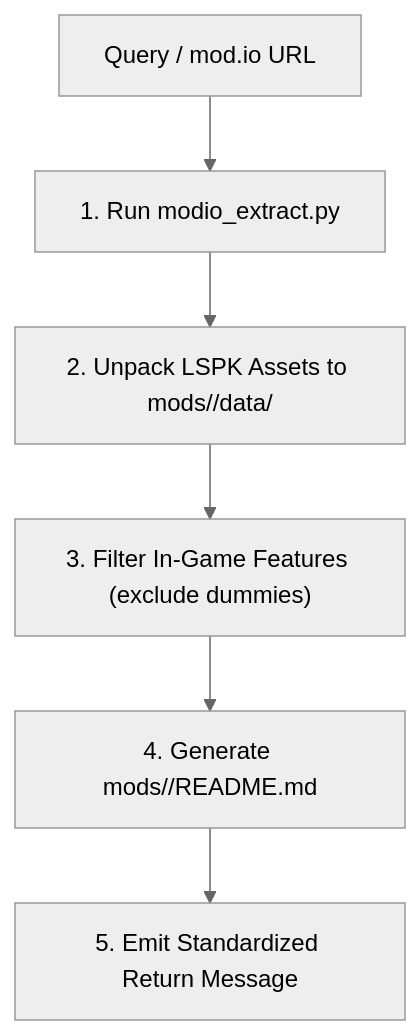
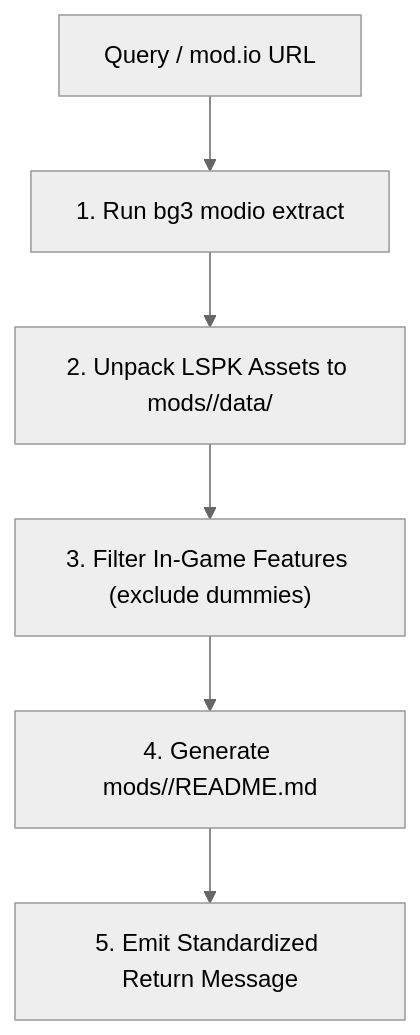
The diagram in packages/bg3-core/bg3_core/skills/bg3-document-single-mod/SKILL.md (jpelton-stroud/bg3-mod-studio), drawn with Mermaid (neutral theme) before and after one commit. The commit also changed 28 other files, not shown here.

````diff
--- a/packages/bg3-core/bg3_core/skills/bg3-document-single-mod/SKILL.md
+++ b/packages/bg3-core/bg3_core/skills/bg3-document-single-mod/SKILL.md
@@ -21,8 +21,8 @@
 ```mermaid
 flowchart TD
-    Start["Query / mod.io URL"] --> Extract["1. Run modio_extract.py"]
+    Start["Query / mod.io URL"] --> Extract["1. Run bg3 modio extract"]
     Extract --> Decompress["2. Unpack LSPK Assets to mods/<slug>/data/"]
     Decompress --> Validate["3. Filter In-Game Features (exclude dummies)"]
     Validate --> Schema["4. Generate mods/<slug>/README.md"]
     Schema --> Status["5. Emit Standardized Return Message"]
 ```
````
